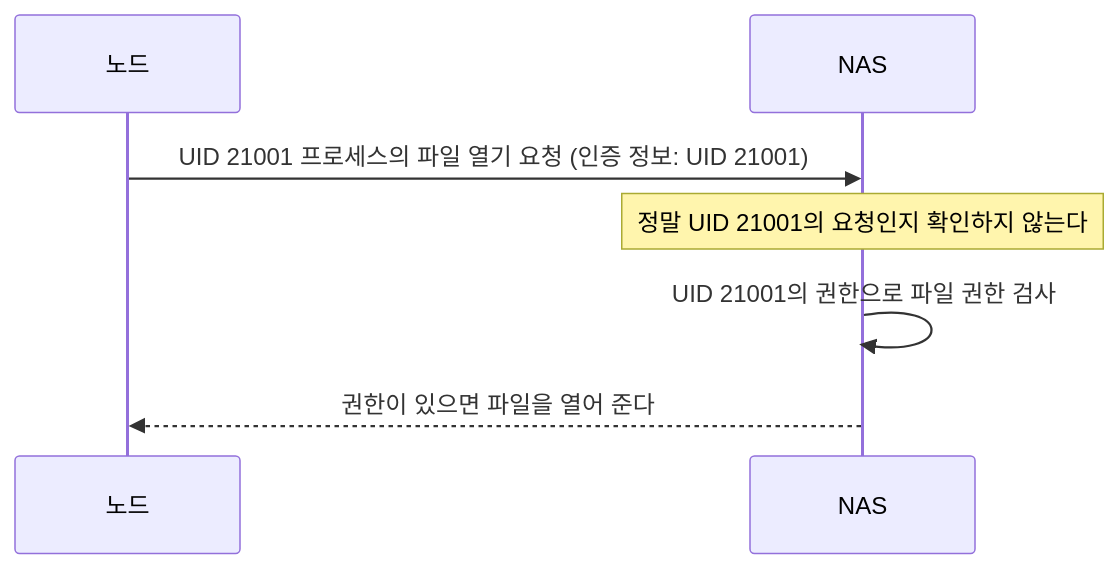
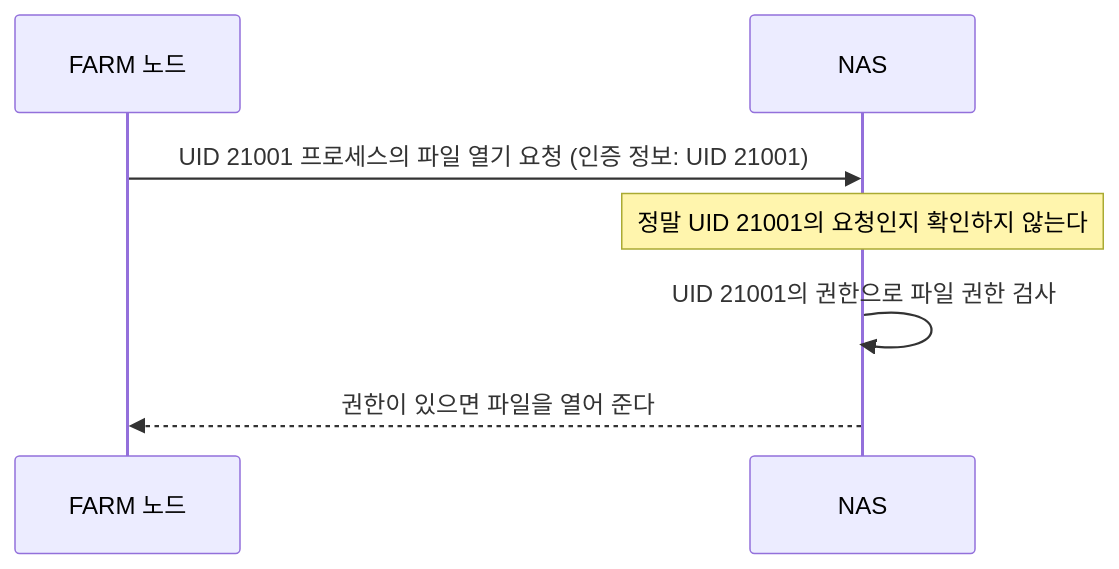
Before and after one commit to CSID-DGU/admin_wiki: the first of 3 diagrams in md/infra/design/NFS-RPC-GSS.md, drawn with Mermaid. The commit also changed other lines of this file and 1 other file, not shown here.

Commit message:
docs: sequence window 그림 추가

````diff
--- a/md/infra/design/NFS-RPC-GSS.md
+++ b/md/infra/design/NFS-RPC-GSS.md
@@ -77,10 +77,10 @@
 ```mermaid
 sequenceDiagram
-    participant N as 노드
+    participant N as FARM 노드
     participant NAS as NAS
 
     N->>NAS: UID 21001 프로세스의 파일 열기 요청 (인증 정보: UID 21001)
     Note over NAS: 정말 UID 21001의 요청인지 확인하지 않는다
     NAS->>NAS: UID 21001의 권한으로 파일 권한 검사
     NAS-->>N: 권한이 있으면 파일을 열어 준다
 ```
````
